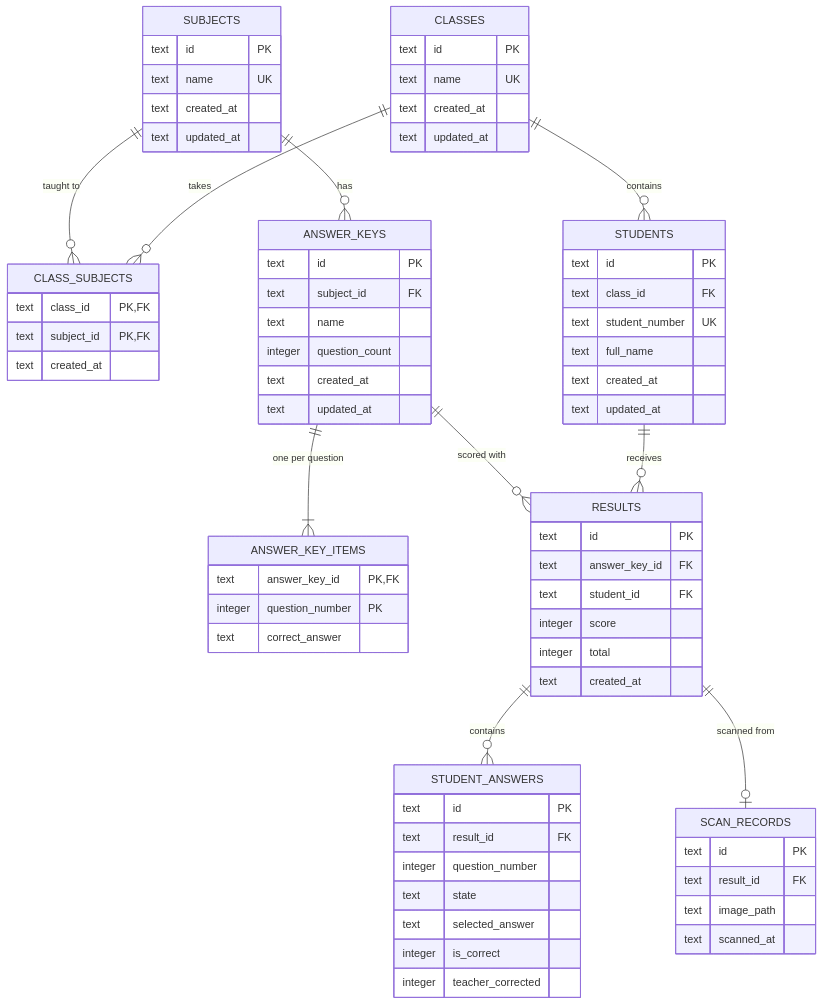
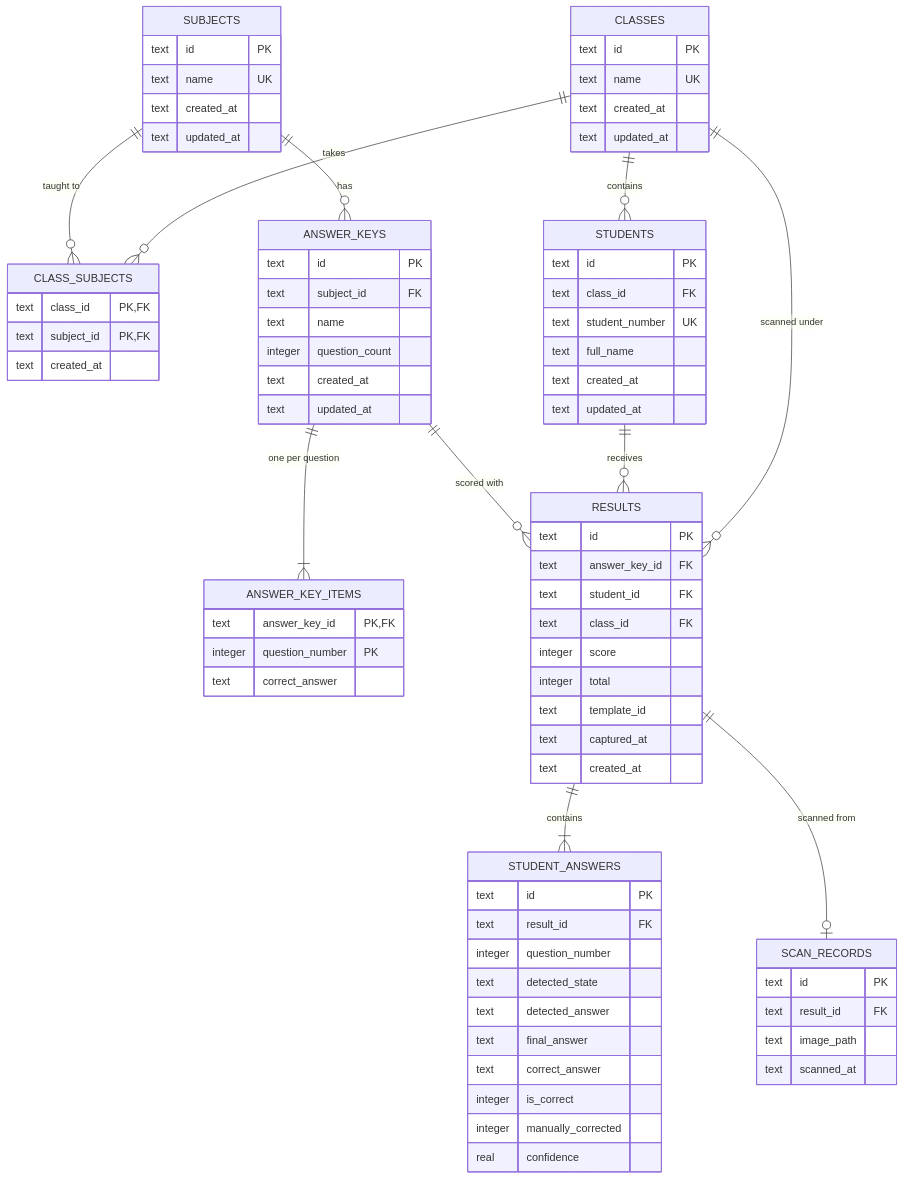
The fifth of 13 diagrams in docs/diagrams.md (nicolaseugenio2022-cyber/answer-checker), drawn with Mermaid before and after one commit. The commit also changed other lines of this file and 5 other files, not shown here.

Commit message:
docs: synchronize documentation with schema version 6 and Scan

````diff
--- a/docs/diagrams.md
+++ b/docs/diagrams.md
@@ -123,74 +141,81 @@
 ```mermaid
 erDiagram
     SUBJECTS ||--o{ CLASS_SUBJECTS : "taught to"
     CLASSES ||--o{ CLASS_SUBJECTS : "takes"
     CLASSES ||--o{ STUDENTS : contains
     SUBJECTS ||--o{ ANSWER_KEYS : has
     ANSWER_KEYS ||--|{ ANSWER_KEY_ITEMS : "one per question"
     ANSWER_KEYS ||--o{ RESULTS : "scored with"
     STUDENTS ||--o{ RESULTS : receives
-    RESULTS ||--o{ STUDENT_ANSWERS : contains
+    CLASSES ||--o{ RESULTS : "scanned under"
+    RESULTS ||--|{ STUDENT_ANSWERS : contains
     RESULTS ||--o| SCAN_RECORDS : "scanned from"
 
     SUBJECTS {
         text id PK
         text name UK
         text created_at
         text updated_at
     }
     CLASSES {
         text id PK
         text name UK
         text created_at
         text updated_at
     }
     CLASS_SUBJECTS {
         text class_id PK, FK
         text subject_id PK, FK
         text created_at
     }
     STUDENTS {
         text id PK
         text class_id FK
         text student_number UK
         text full_name
         text created_at
         text updated_at
     }
     ANSWER_KEYS {
         text id PK
         text subject_id FK
         text name
         integer question_count
         text created_at
         text updated_at
     }
     ANSWER_KEY_ITEMS {
         text answer_key_id PK, FK
         integer question_number PK
         text correct_answer
     }
     RESULTS {
         text id PK
         text answer_key_id FK
         text student_id FK
+        text class_id FK
         integer score
         integer total
+        text template_id
+        text captured_at
         text created_at
     }
     STUDENT_ANSWERS {
         text id PK
         text result_id FK
         integer question_number
-        text state
-        text selected_answer
+        text detected_state
+        text detected_answer
+        text final_answer
+        text correct_answer
         integer is_correct
-        integer teacher_corrected
+        integer manually_corrected
+        real confidence
     }
     SCAN_RECORDS {
         text id PK
         text result_id FK
         text image_path
         text scanned_at
     }
 ```
````
